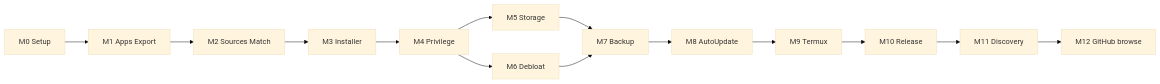
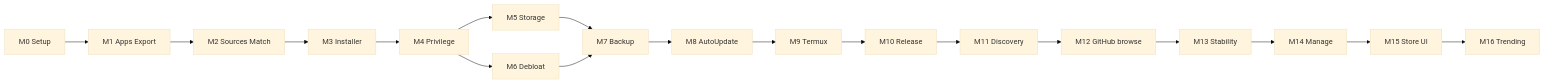
One commit to involvex/kiln changed the diagram in docs/ROADMAP.md. Above: the diagram before and after it, drawn with Mermaid (base theme). The commit also changed other lines of this file and 62 other files, not shown here.

````diff
--- a/docs/ROADMAP.md
+++ b/docs/ROADMAP.md
@@ -202,16 +209,20 @@
 ```mermaid
 flowchart LR
   M0[M0 Setup] --> M1[M1 Apps Export]
   M1 --> M2[M2 Sources Match]
   M2 --> M3[M3 Installer]
   M3 --> M4[M4 Privilege]
   M4 --> M5[M5 Storage]
   M4 --> M6[M6 Debloat]
   M5 --> M7[M7 Backup]
   M6 --> M7
   M7 --> M8[M8 AutoUpdate]
   M8 --> M9[M9 Termux]
   M9 --> M10[M10 Release]
   M10 --> M11[M11 Discovery]
   M11 --> M12[M12 GitHub browse]
+  M12 --> M13[M13 Stability]
+  M13 --> M14[M14 Manage]
+  M14 --> M15[M15 Store UI]
+  M15 --> M16[M16 Trending]
 ```
````
